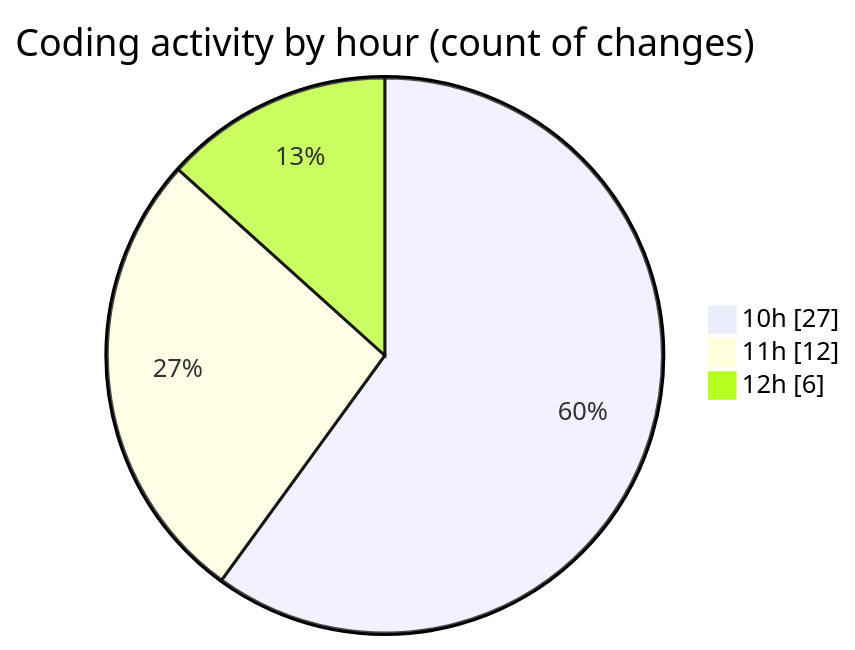
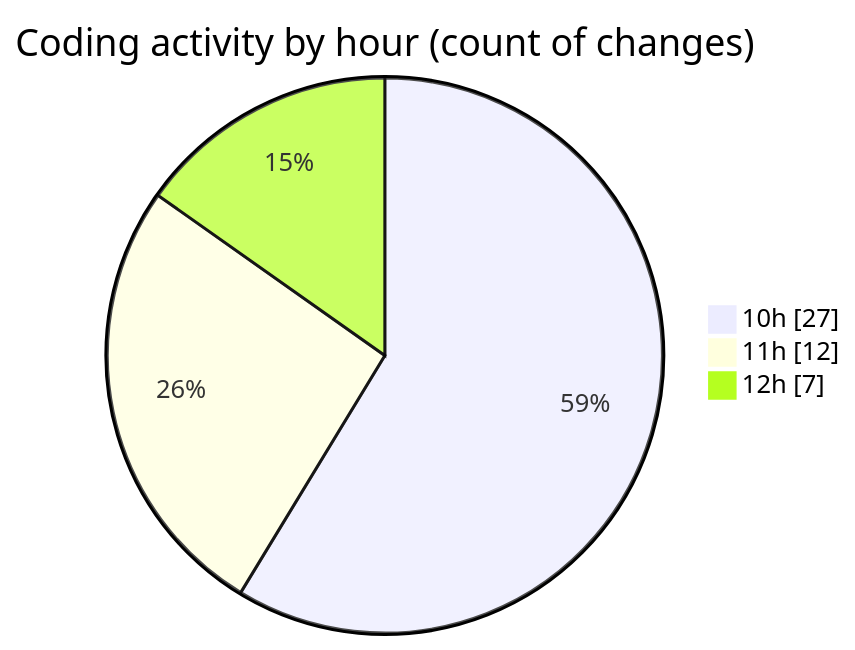
One commit to MatusMokan/code-tracking changed the second of 2 diagrams in 2025-03-01/myws__workspace_/README.md. Above: the diagram before and after it, drawn with Mermaid. The commit also changed other lines of this file and 1 other file, not shown here.

````diff
--- a/2025-03-01/myws__workspace_/README.md
+++ b/2025-03-01/myws__workspace_/README.md
@@ -32,7 +32,7 @@
 ```mermaid
 pie showData
 title Coding activity by hour (count of changes)
 "10h" : 27
 "11h" : 12
-"12h" : 6
+"12h" : 7
 ```
````
